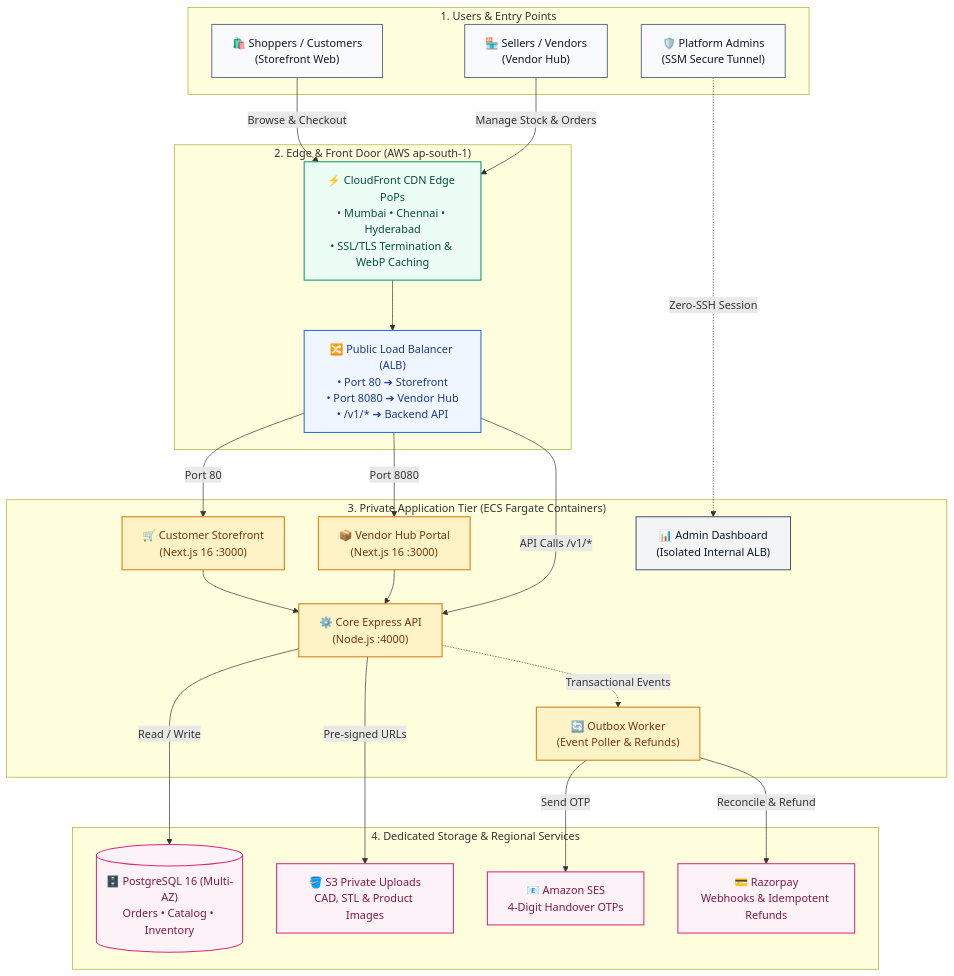
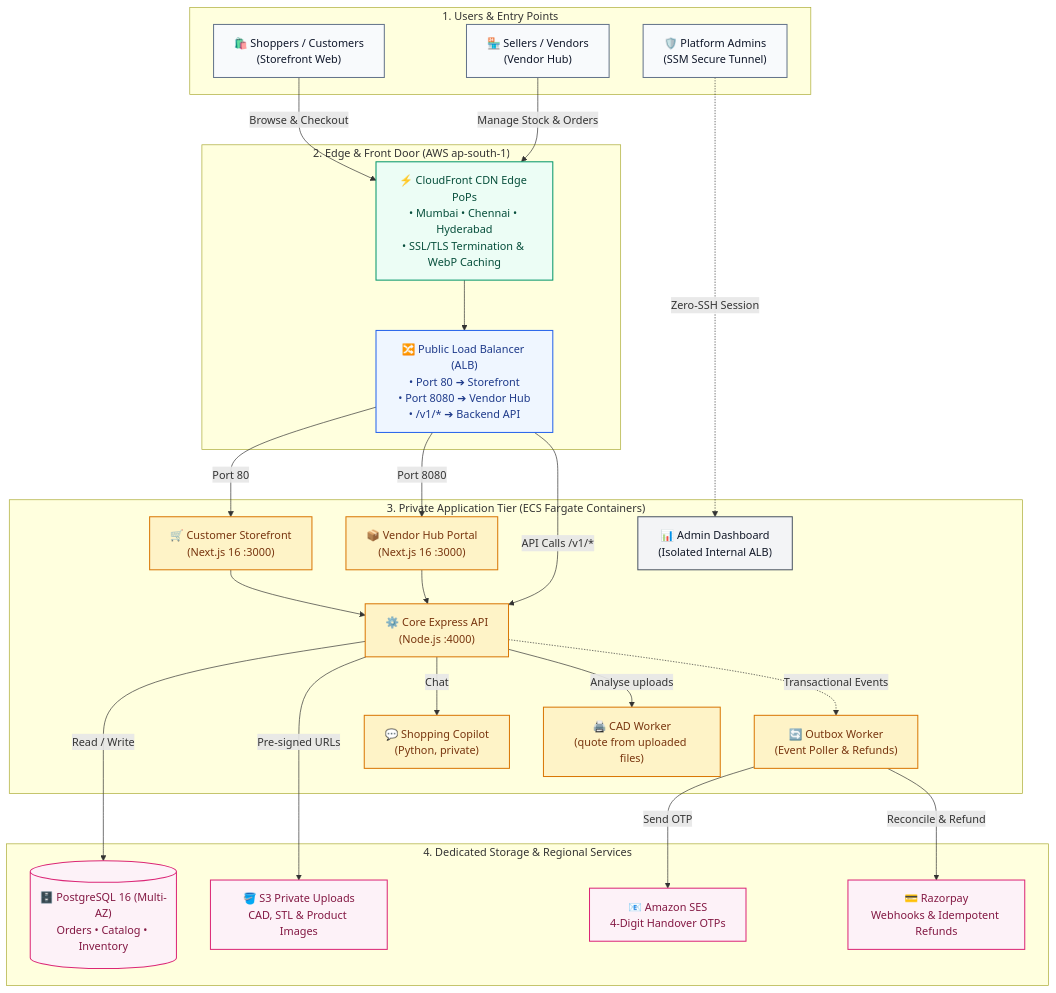
Before and after one commit to GuptaOum/Spaceborn-E-commerce: the diagram in README.md, drawn with Mermaid. The commit also changed other lines of this file and 118 other files, not shown here.

First line of the commit message:
feat: store-delivered orders, copilot, and CAD quotes

````diff
--- a/README.md
+++ b/README.md
@@ -23,57 +23,61 @@
 ```mermaid
 flowchart TD
     %% Styling
     classDef client fill:#f8fafc,stroke:#64748b,stroke-width:1.5px,color:#0f172a;
     classDef edge fill:#ecfdf5,stroke:#059669,stroke-width:1.5px,color:#064e3b;
     classDef ingress fill:#eff6ff,stroke:#2563eb,stroke-width:1.5px,color:#1e3a8a;
     classDef app fill:#fef3c7,stroke:#d97706,stroke-width:1.5px,color:#78350f;
     classDef data fill:#fdf2f8,stroke:#db2777,stroke-width:1.5px,color:#831843;
     classDef security fill:#f3f4f6,stroke:#4b5563,stroke-width:1.5px,color:#111827;
 
     subgraph Tier1["1. Users & Entry Points"]
         CUST["🛍️ Shoppers / Customers<br/>(Storefront Web)"]:::client
         VEND["🏪 Sellers / Vendors<br/>(Vendor Hub)"]:::client
         ADMIN["🛡️ Platform Admins<br/>(SSM Secure Tunnel)"]:::client
     end
 
     subgraph Tier2["2. Edge & Front Door (AWS ap-south-1)"]
         CF["⚡ CloudFront CDN Edge PoPs<br/>• Mumbai • Chennai • Hyderabad<br/>• SSL/TLS Termination & WebP Caching"]:::edge
         ALB["🔀 Public Load Balancer (ALB)<br/>• Port 80 ➔ Storefront<br/>• Port 8080 ➔ Vendor Hub<br/>• /v1/* ➔ Backend API"]:::ingress
     end
 
     subgraph Tier3["3. Private Application Tier (ECS Fargate Containers)"]
         STORE["🛒 Customer Storefront<br/>(Next.js 16 :3000)"]:::app
         VENDOR["📦 Vendor Hub Portal<br/>(Next.js 16 :3000)"]:::app
         API["⚙️ Core Express API<br/>(Node.js :4000)"]:::app
+        COPILOT["💬 Shopping Copilot<br/>(Python, private)"]:::app
+        CAD["🖨️ CAD Worker<br/>(quote from uploaded files)"]:::app
         WORKER["🔄 Outbox Worker<br/>(Event Poller & Refunds)"]:::app
         ADMIN_APP["📊 Admin Dashboard<br/>(Isolated Internal ALB)"]:::security
     end
 
     subgraph Tier4["4. Dedicated Storage & Regional Services"]
         RDS[("🗄️ PostgreSQL 16 (Multi-AZ)<br/>Orders • Catalog • Inventory")]:::data
         S3["🪣 S3 Private Uploads<br/>CAD, STL & Product Images"]:::data
         SES["📧 Amazon SES<br/>4-Digit Handover OTPs"]:::data
         PAY["💳 Razorpay<br/>Webhooks & Idempotent Refunds"]:::data
     end
 
     %% Flows
     CUST -->|Browse & Checkout| CF
     VEND -->|Manage Stock & Orders| CF
     CF --> ALB
 
     ALB -->|Port 80| STORE
     ALB -->|Port 8080| VENDOR
     ALB -->|API Calls /v1/*| API
 
     ADMIN -.->|Zero-SSH Session| ADMIN_APP
     
     STORE --> API
     VENDOR --> API
 
     API -->|Read / Write| RDS
     API -->|Pre-signed URLs| S3
     
+    API -->|Chat| COPILOT
+    API -->|Analyse uploads| CAD
     API -.->|Transactional Events| WORKER
     WORKER -->|Send OTP| SES
     WORKER -->|Reconcile & Refund| PAY
 ```
````
